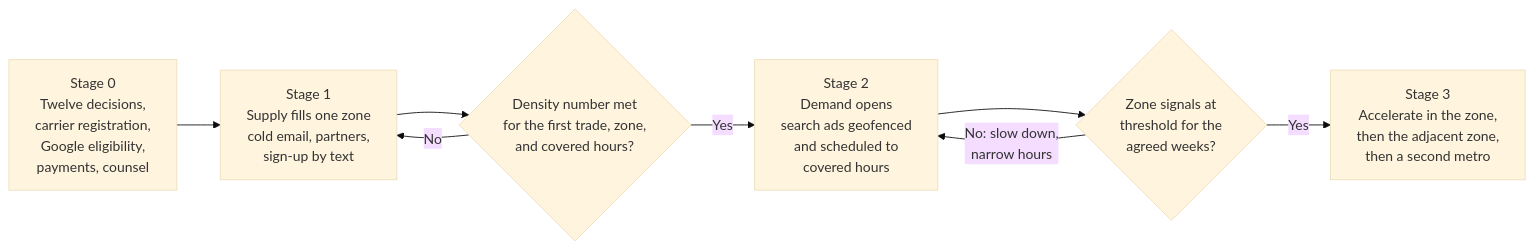
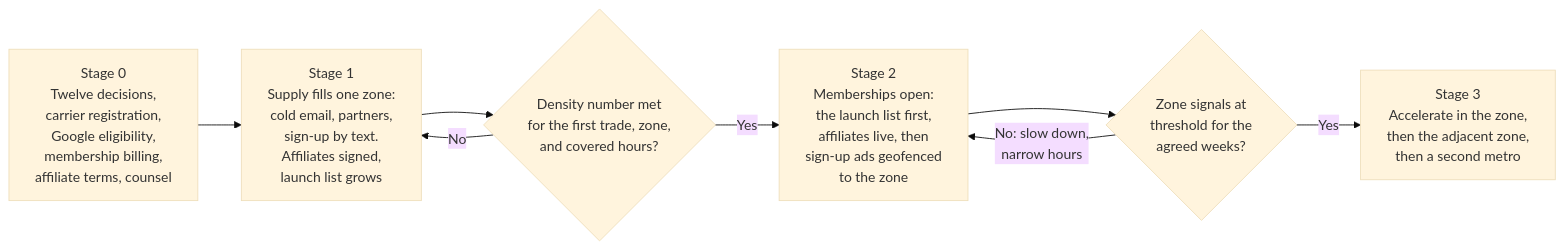
The fourth of 9 diagrams in README.md (Saasrelaunchdev/SOSSMSGTMBrain), drawn with Mermaid (base theme) before and after one commit. The commit also changed other lines of this file and 109 other files, not shown here.

````diff
--- a/README.md
+++ b/README.md
@@ -201,10 +200,10 @@
 ```mermaid
 flowchart LR
-    A["Stage 0<br/>Twelve decisions,<br/>carrier registration,<br/>Google eligibility,<br/>payments, counsel"] --> B["Stage 1<br/>Supply fills one zone<br/>cold email, partners,<br/>sign-up by text"]
+    A["Stage 0<br/>Twelve decisions,<br/>carrier registration,<br/>Google eligibility,<br/>membership billing,<br/>affiliate terms, counsel"] --> B["Stage 1<br/>Supply fills one zone:<br/>cold email, partners,<br/>sign-up by text.<br/>Affiliates signed,<br/>launch list grows"]
     B --> G1{"Density number met<br/>for the first trade, zone,<br/>and covered hours?"}
     G1 -->|"No"| B
-    G1 -->|"Yes"| C["Stage 2<br/>Demand opens<br/>search ads geofenced<br/>and scheduled to<br/>covered hours"]
+    G1 -->|"Yes"| C["Stage 2<br/>Memberships open:<br/>the launch list first,<br/>affiliates live, then<br/>sign-up ads geofenced<br/>to the zone"]
     C --> G2{"Zone signals at<br/>threshold for the<br/>agreed weeks?"}
     G2 -->|"No: slow down,<br/>narrow hours"| C
     G2 -->|"Yes"| D["Stage 3<br/>Accelerate in the zone,<br/>then the adjacent zone,<br/>then a second metro"]
 ```
````
